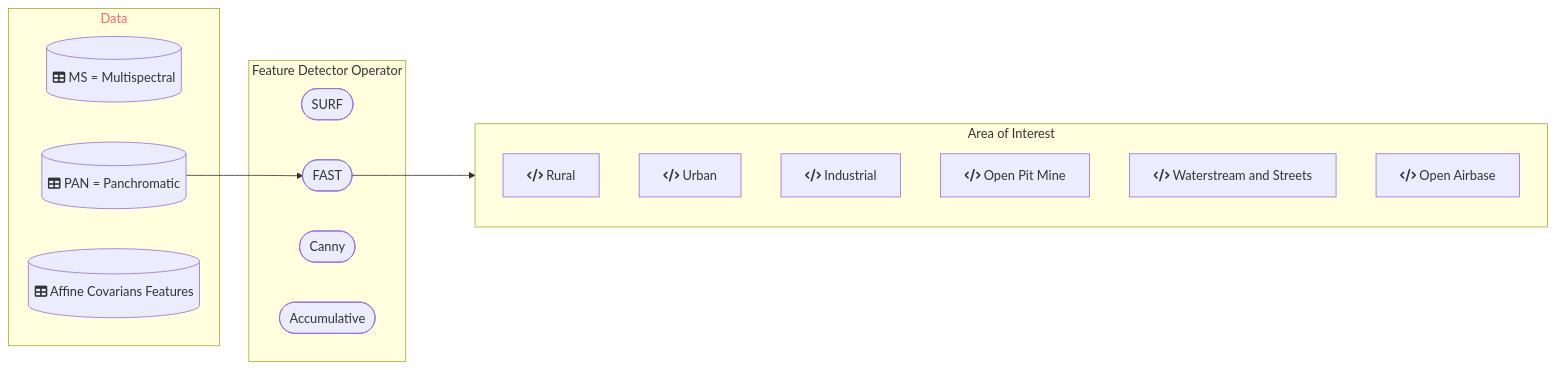
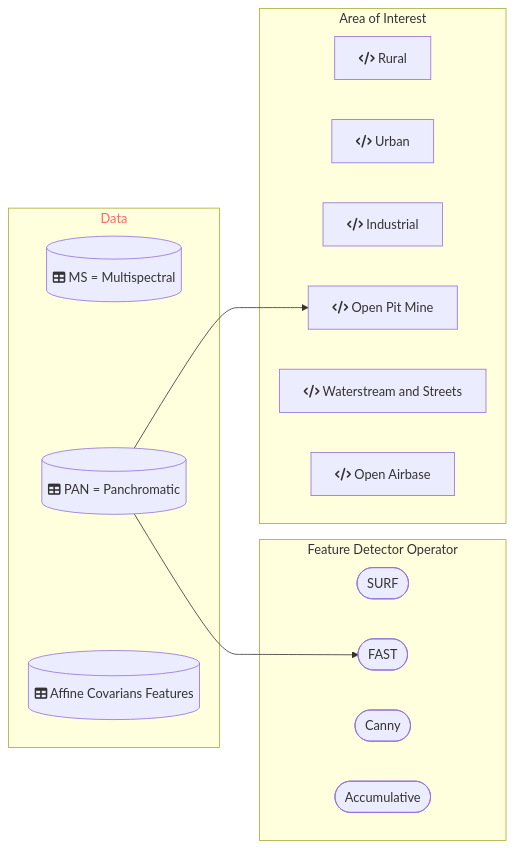
The diagram in Application/README.md (DippoldEJ/Feature-Detection-and-Explanation), drawn with Mermaid before and after one commit.

````diff
--- a/Application/README.md
+++ b/Application/README.md
@@ -13,31 +13,31 @@
 ```mermaid
 flowchart LR;
 
  subgraph n[Data]
         g[(fa:fa-table MS = Multispectral)]
         h[(fa:fa-table PAN = Panchromatic)]
         i[(fa:fa-table Affine Covarians Features)]
     end
 
  subgraph o[Feature Detector Operator]
         j([SURF])
         k([FAST])
         l([Canny])
         m([Accumulative])
     end
 
 subgraph p[Area of Interest]
     a[fa:fa-code Rural]
     b[fa:fa-code Urban]
     c[fa:fa-code Industrial]
     d[fa:fa-code Open Pit Mine]
     e[fa:fa-code Waterstream and Streets]
     f[fa:fa-code Open Airbase]
     end
 
 style n color:#f66
 
 h-->k
-o-->p
+h-->d
 
 ```
````
